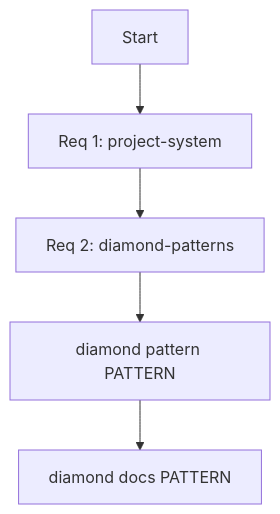
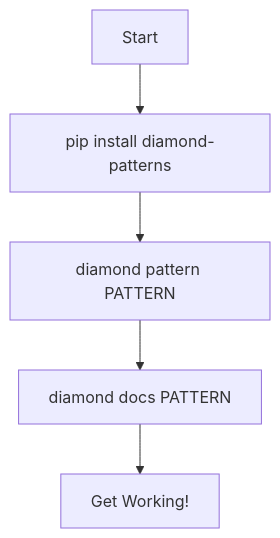
The diagram in docs/_charts/launch-flowchart.mmd (iandennismiller/diamond-patterns), drawn with Mermaid before and after one commit. The commit also changed 2 other files, not shown here.

```diff
--- a/docs/_charts/launch-flowchart.mmd
+++ b/docs/_charts/launch-flowchart.mmd
@@ -1,5 +1,5 @@
 graph TD;
-  start["Start"] --> req1["Req 1: project-system"];
-  req1 --> req2["Req 2: diamond-patterns"];
-  req2 --> pattern["diamond pattern PATTERN"];
+  start["Start"] --> req["pip install diamond-patterns"];
+  req --> pattern["diamond pattern PATTERN"];
   pattern --> docs["diamond docs PATTERN"];
+  docs --> working["Get Working!"];
```
